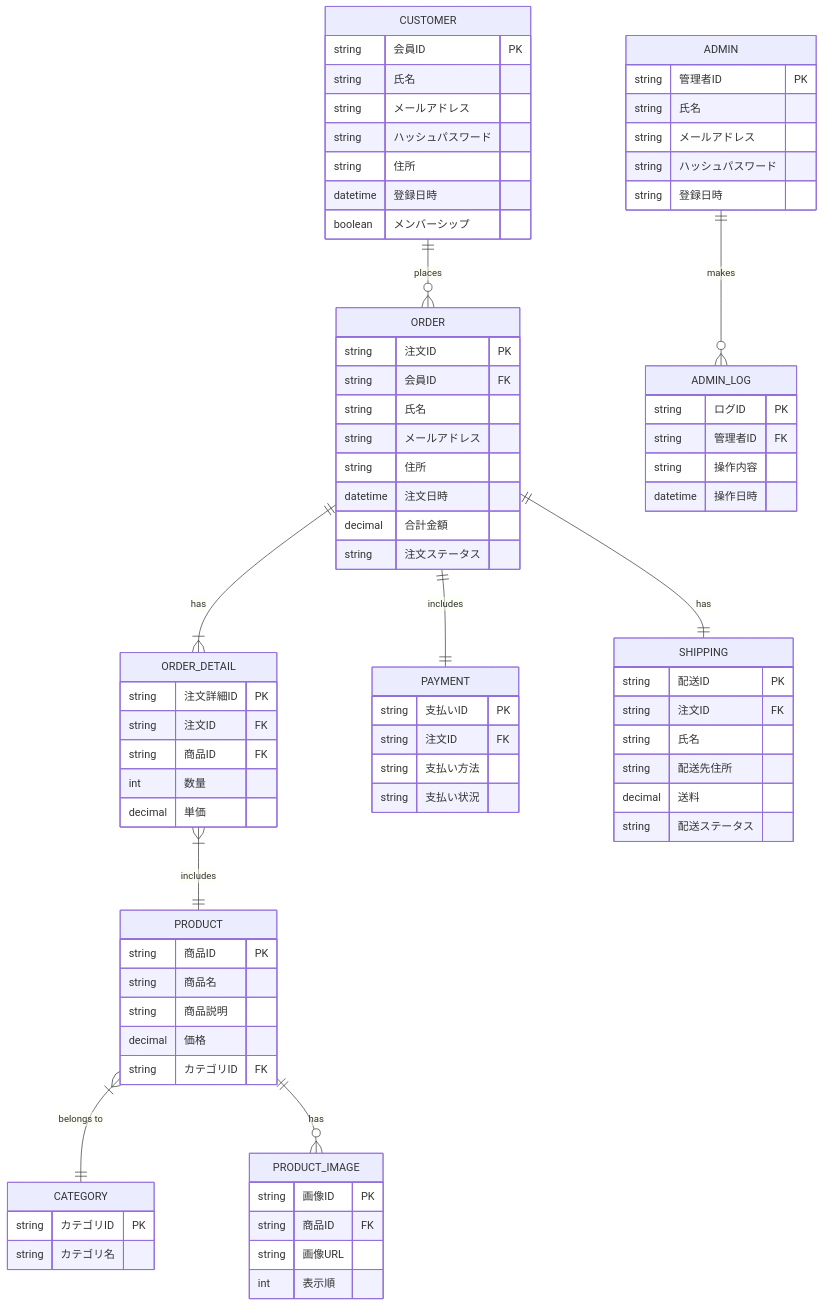
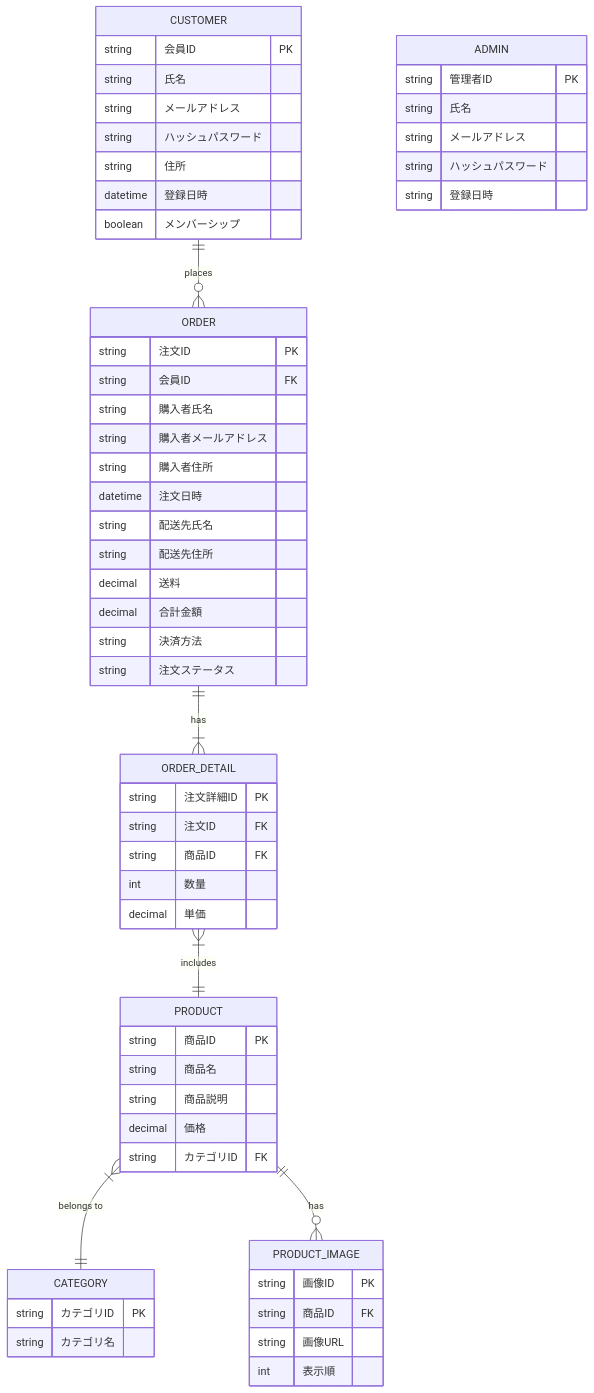
Before and after one commit to YUKlT0/Equipe: the first of 5 diagrams in 基本設計/D.md, drawn with Mermaid. The commit also changed other lines of this file, not shown here.

```diff
--- a/基本設計/D.md
+++ b/基本設計/D.md
@@ -7,12 +7,9 @@
 erDiagram
     CUSTOMER ||--o{ ORDER : "places"
     ORDER ||--|{ ORDER_DETAIL : "has"
-    ORDER ||--|| PAYMENT : "includes"
     ORDER_DETAIL }|--|| PRODUCT : "includes"
     PRODUCT }|--|| CATEGORY : "belongs to"
     PRODUCT ||--o{ PRODUCT_IMAGE : "has"
-    ORDER ||--|| SHIPPING : "has"
-    ADMIN ||--o{ ADMIN_LOG : "makes"
 
     CUSTOMER {
         string 会員ID PK
@@ -35,11 +32,15 @@
     ORDER {
         string 注文ID PK
         string 会員ID FK
-        string 氏名
-        string メールアドレス
-        string 住所
+        string 購入者氏名
+        string 購入者メールアドレス
+        string 購入者住所
         datetime 注文日時
+        string 配送先氏名
+        string 配送先住所
+        decimal 送料
         decimal 合計金額
+        string 決済方法
         string 注文ステータス
     }
 
@@ -71,26 +72,4 @@
         int 表示順
     }
 
-    SHIPPING {
-        string 配送ID PK
-        string 注文ID FK
-        string 氏名
-        string 配送先住所
-        decimal 送料
-        string 配送ステータス
-    }
-
-    ADMIN_LOG {
-        string ログID PK
-        string 管理者ID FK
-        string 操作内容
-        datetime 操作日時
-    }
-
-    PAYMENT {
-        string 支払いID PK
-        string 注文ID FK
-        string 支払い方法
-        string 支払い状況
-    }
 </div>
```
